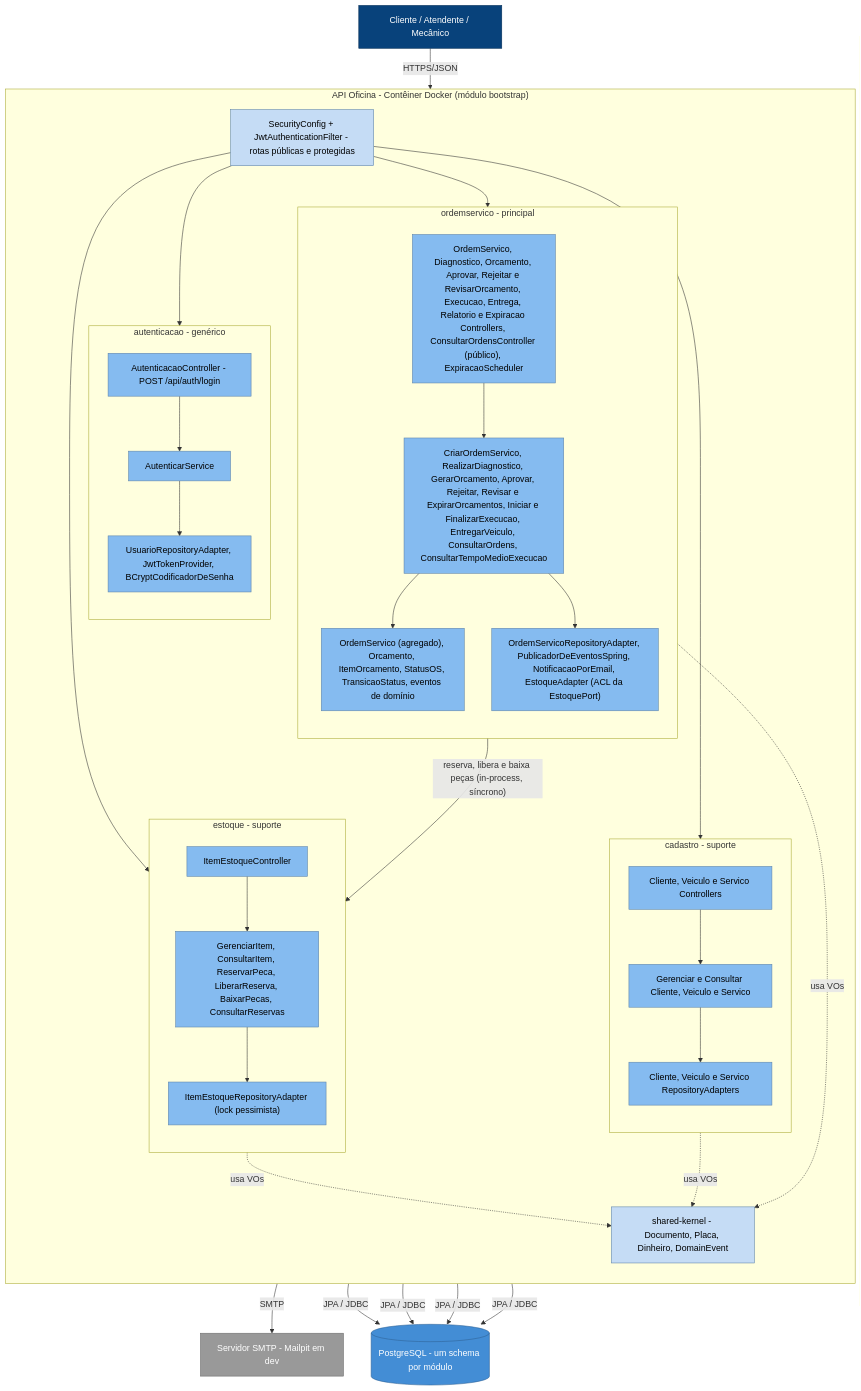
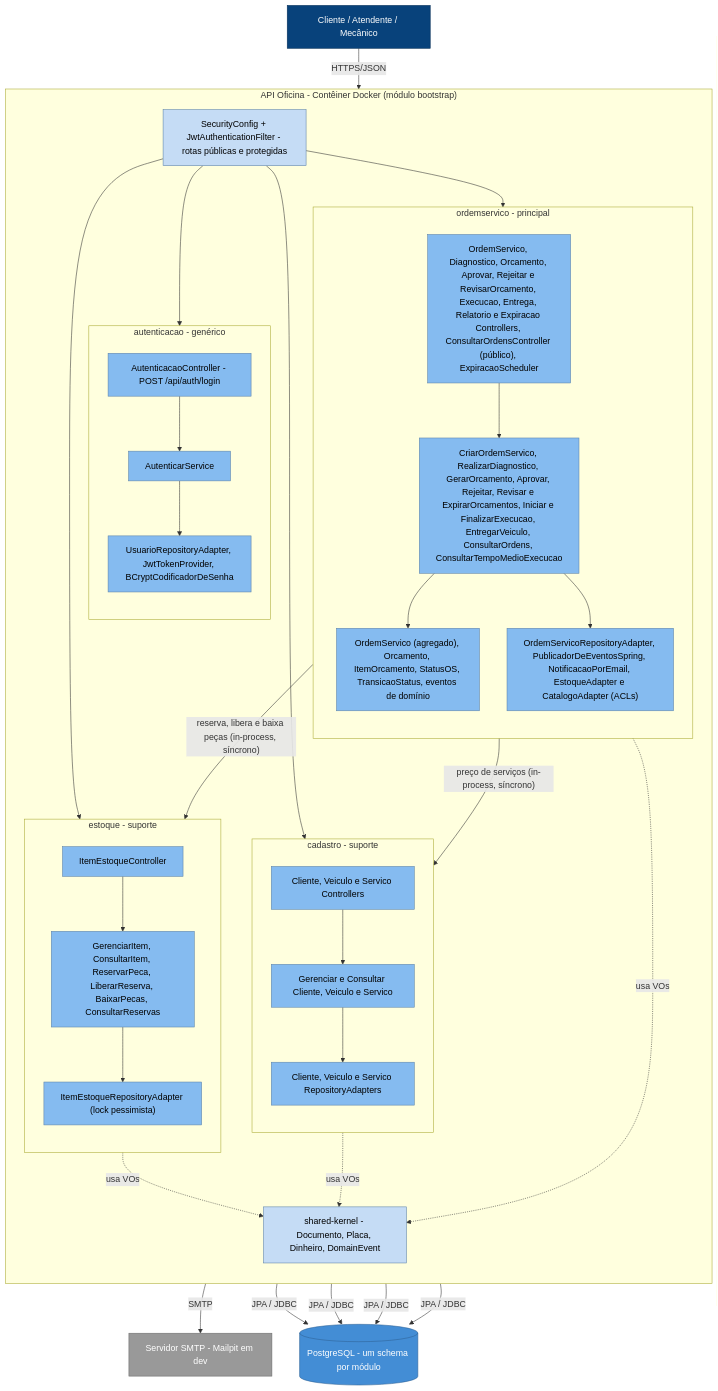
The diagram in docs/c4/c4-nivel3-componentes.mmd (RafaelCardoso11/SOAT-Fase-1-Tech-Challenge), drawn with Mermaid before and after one commit. The commit also changed 18 other files, not shown here.

```diff
--- a/docs/c4/c4-nivel3-componentes.mmd
+++ b/docs/c4/c4-nivel3-componentes.mmd
@@ -1,68 +1,69 @@
 %% C4 Nível 3 - Componentes da API Oficina. Feito como flowchart (e não C4Component) para importar no Miro.
 %% Um subgraph por bounded context; dentro dele, as camadas hexagonais. Só as ligações entre camadas e
 %% entre contextos aparecem, para o diagrama não virar um emaranhado de setas.
 flowchart TB
     USR["Cliente / Atendente / Mecânico"]
 
     subgraph API["API Oficina - Contêiner Docker (módulo bootstrap)"]
         direction TB
 
         SEC["SecurityConfig + JwtAuthenticationFilter - rotas públicas e protegidas"]
 
         subgraph AUTH["autenticacao - genérico"]
             direction TB
             A_IN["AutenticacaoController - POST /api/auth/login"]
             A_UC["AutenticarService"]
             A_OUT["UsuarioRepositoryAdapter, JwtTokenProvider, BCryptCodificadorDeSenha"]
         end
 
         subgraph OS["ordemservico - principal"]
             direction TB
             O_IN["OrdemServico, Diagnostico, Orcamento, Aprovar, Rejeitar e RevisarOrcamento, Execucao, Entrega, Relatorio e Expiracao Controllers, ConsultarOrdensController (público), ExpiracaoScheduler"]
             O_UC["CriarOrdemServico, RealizarDiagnostico, GerarOrcamento, Aprovar, Rejeitar, Revisar e ExpirarOrcamentos, Iniciar e FinalizarExecucao, EntregarVeiculo, ConsultarOrdens, ConsultarTempoMedioExecucao"]
             O_DOM["OrdemServico (agregado), Orcamento, ItemOrcamento, StatusOS, TransicaoStatus, eventos de domínio"]
-            O_OUT["OrdemServicoRepositoryAdapter, PublicadorDeEventosSpring, NotificacaoPorEmail, EstoqueAdapter (ACL da EstoquePort)"]
+            O_OUT["OrdemServicoRepositoryAdapter, PublicadorDeEventosSpring, NotificacaoPorEmail, EstoqueAdapter e CatalogoAdapter (ACLs)"]
         end
 
         subgraph CAD["cadastro - suporte"]
             direction TB
             C_IN["Cliente, Veiculo e Servico Controllers"]
             C_UC["Gerenciar e Consultar Cliente, Veiculo e Servico"]
             C_OUT["Cliente, Veiculo e Servico RepositoryAdapters"]
         end
 
         subgraph EST["estoque - suporte"]
             direction TB
             E_IN["ItemEstoqueController"]
             E_UC["GerenciarItem, ConsultarItem, ReservarPeca, LiberarReserva, BaixarPecas, ConsultarReservas"]
             E_OUT["ItemEstoqueRepositoryAdapter (lock pessimista)"]
         end
 
         SK["shared-kernel - Documento, Placa, Dinheiro, DomainEvent"]
     end
 
     DB[("PostgreSQL - um schema por módulo")]
     MAIL["Servidor SMTP - Mailpit em dev"]
 
     USR -- "HTTPS/JSON" --> SEC
     SEC --> A_IN & O_IN & C_IN & E_IN
     A_IN --> A_UC --> A_OUT
     O_IN --> O_UC --> O_DOM
     O_UC --> O_OUT
     C_IN --> C_UC --> C_OUT
     E_IN --> E_UC --> E_OUT
     O_OUT -- "reserva, libera e baixa peças (in-process, síncrono)" --> E_UC
+    O_OUT -- "preço de serviços (in-process, síncrono)" --> C_UC
     O_OUT -- "SMTP" --> MAIL
     A_OUT & O_OUT & C_OUT & E_OUT -- "JPA / JDBC" --> DB
     O_DOM & C_UC & E_UC -. "usa VOs" .-> SK
 
     classDef pessoa fill:#08427B,stroke:#052E56,color:#fff
     classDef componente fill:#85BBF0,stroke:#5D82A8,color:#000
     classDef transversal fill:#C5DCF5,stroke:#5D82A8,color:#000
     classDef externo fill:#999999,stroke:#6B6B6B,color:#fff
     classDef banco fill:#438DD5,stroke:#2E6295,color:#fff
     class USR pessoa
     class A_IN,A_UC,A_OUT,O_IN,O_UC,O_DOM,O_OUT,C_IN,C_UC,C_OUT,E_IN,E_UC,E_OUT componente
     class SEC,SK transversal
     class DB banco
     class MAIL externo
```
